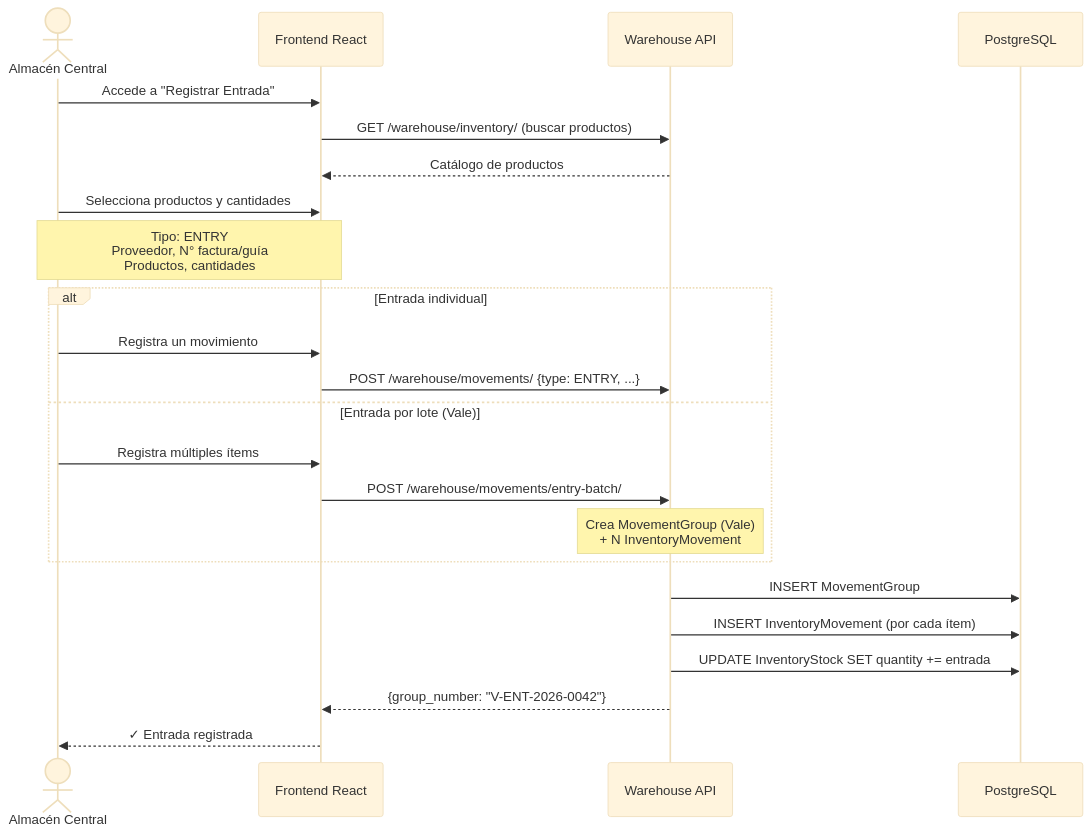
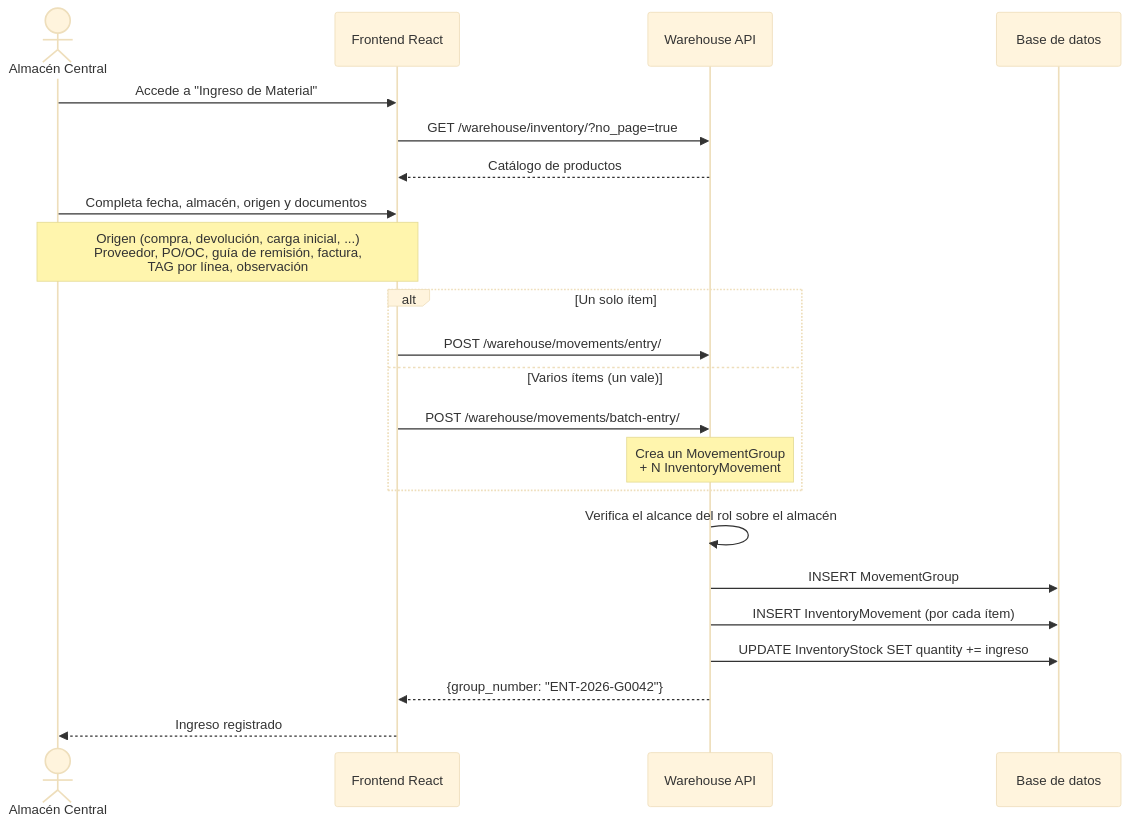
One commit to pccpegit/SYSPCCLOG changed diagram 13 of 25 in docs/01_Casos_de_Uso.md. Above: the diagram before and after it, drawn with Mermaid (base theme). The commit also changed other lines of this file and 42 other files, not shown here.

````diff
--- a/docs/01_Casos_de_Uso.md
+++ b/docs/01_Casos_de_Uso.md
@@ -599,29 +772,28 @@
 ```mermaid
 sequenceDiagram
     actor CW as Almacén Central
     participant UI as Frontend React
     participant API as Warehouse API
-    participant DB as PostgreSQL
+    participant DB as Base de datos
 
-    CW->>UI: Accede a "Registrar Entrada"
-    UI->>API: GET /warehouse/inventory/ (buscar productos)
+    CW->>UI: Accede a "Ingreso de Material"
+    UI->>API: GET /warehouse/inventory/?no_page=true
     API-->>UI: Catálogo de productos
 
-    CW->>UI: Selecciona productos y cantidades
-    Note over CW,UI: Tipo: ENTRY<br/>Proveedor, N° factura/guía<br/>Productos, cantidades
+    CW->>UI: Completa fecha, almacén, origen y documentos
+    Note over CW,UI: Origen (compra, devolución, carga inicial, ...)<br/>Proveedor, PO/OC, guía de remisión, factura,<br/>TAG por línea, observación
 
-    alt Entrada individual
-        CW->>UI: Registra un movimiento
-        UI->>API: POST /warehouse/movements/ {type: ENTRY, ...}
-    else Entrada por lote (Vale)
-        CW->>UI: Registra múltiples ítems
-        UI->>API: POST /warehouse/movements/entry-batch/
-        Note over API: Crea MovementGroup (Vale)<br/>+ N InventoryMovement
+    alt Un solo ítem
+        UI->>API: POST /warehouse/movements/entry/
+    else Varios ítems (un vale)
+        UI->>API: POST /warehouse/movements/batch-entry/
+        Note over API: Crea un MovementGroup<br/>+ N InventoryMovement
     end
 
+    API->>API: Verifica el alcance del rol sobre el almacén
     API->>DB: INSERT MovementGroup
     API->>DB: INSERT InventoryMovement (por cada ítem)
-    API->>DB: UPDATE InventoryStock SET quantity += entrada
-    API-->>UI: {group_number: "V-ENT-2026-0042"}
-    UI-->>CW: ✓ Entrada registrada
+    API->>DB: UPDATE InventoryStock SET quantity += ingreso
+    API-->>UI: {group_number: "ENT-2026-G0042"}
+    UI-->>CW: Ingreso registrado
 ```
````
